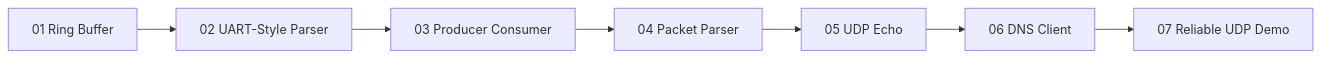
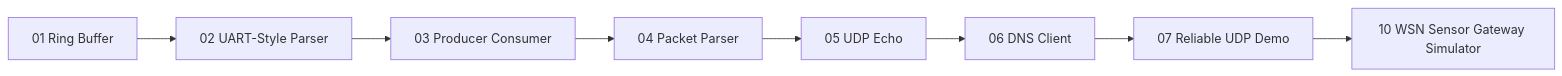
The first of 2 diagrams in README.md (colenator123-design/firmware-systems-lab), drawn with Mermaid before and after one commit. The commit also changed other lines of this file and 5 other files, not shown here.

Commit message:
Add WSN sensor gateway simulator project

````diff
--- a/README.md
+++ b/README.md
@@ -12,9 +12,10 @@
 ```mermaid
 flowchart LR
     A[01 Ring Buffer] --> B[02 UART-Style Parser]
     B --> C[03 Producer Consumer]
     C --> D[04 Packet Parser]
     D --> E[05 UDP Echo]
     E --> F[06 DNS Client]
     F --> G[07 Reliable UDP Demo]
+    G --> H[10 WSN Sensor Gateway Simulator]
 ```
````
